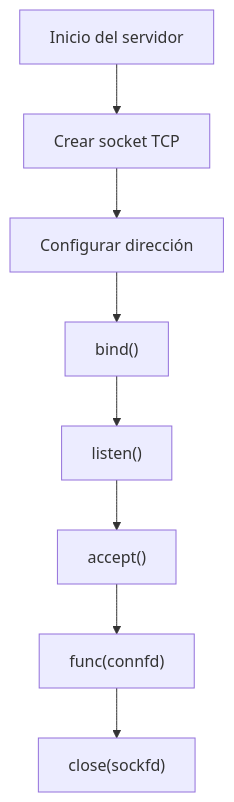
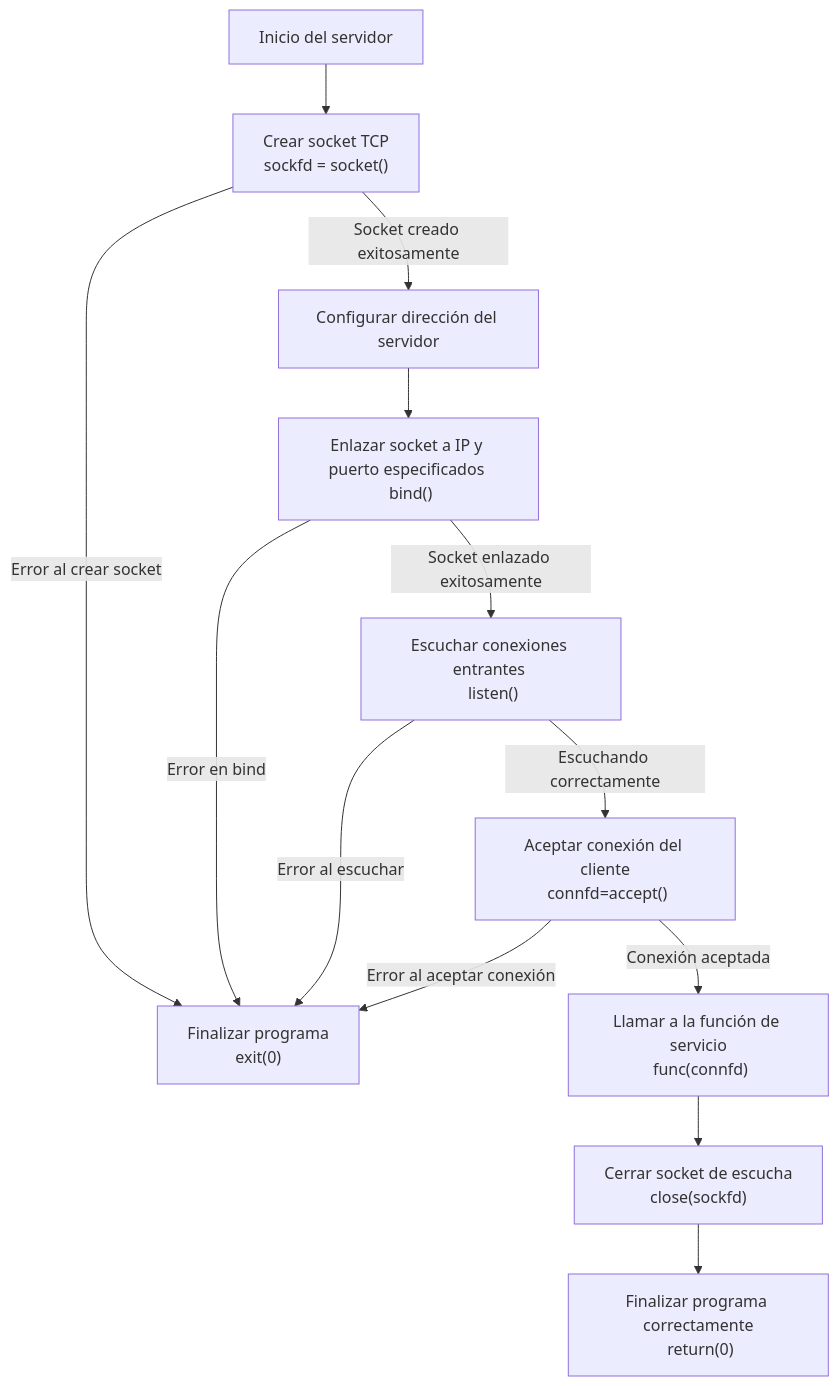
Before and after one commit to ascatena/Tcp-Client-Server-Network-Design: the first of 4 diagrams in README.md, drawn with Mermaid. The commit also changed other lines of this file, not shown here.

````diff
--- a/README.md
+++ b/README.md
@@ -187,11 +570,16 @@
-```mermaid
+``` mermaid
 graph TD
     A[Inicio del servidor]
-    A --> B["Crear socket TCP"]
-    B --> C[Configurar dirección]
-    C --> D["bind()"]
-    D --> E["listen()"]
-    E --> F["accept()"]
-    F --> G["func(connfd)"]
-    G --> H["close(sockfd)"]
+    A --> B["Crear socket TCP \n sockfd = socket()"]
+    B -->|Socket creado exitosamente| C[Configurar dirección del servidor]
+    B -->|Error al crear socket| Z["Finalizar programa\n exit(0)"]
+    C --> D["Enlazar socket a IP y puerto especificados \n bind()"]
+    D -->|Socket enlazado exitosamente| E["Escuchar conexiones entrantes \n listen()"]
+    D -->|Error en bind| Z
+    E -->|Escuchando correctamente| F["Aceptar conexión del cliente\n connfd=accept()"]
+    E -->|Error al escuchar| Z
+    F -->|Conexión aceptada| G["Llamar a la función de servicio\n func(connfd)"]
+    F -->|Error al aceptar conexión| Z
+    G --> I["Cerrar socket de escucha\n close(sockfd)"]
+    I --> J["Finalizar programa correctamente\n return(0)"]
 ```
````
